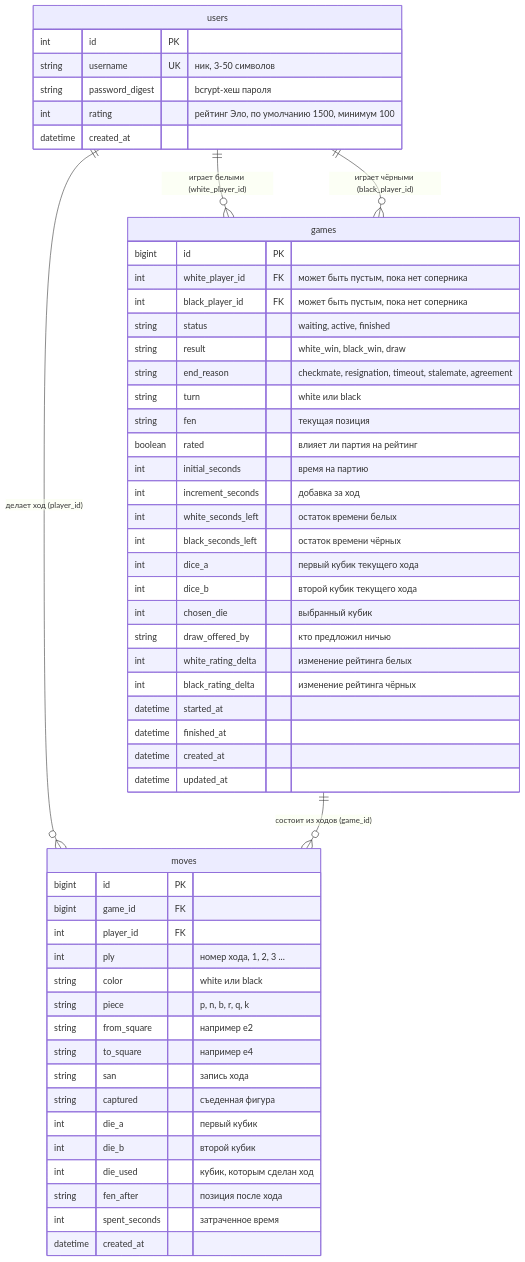
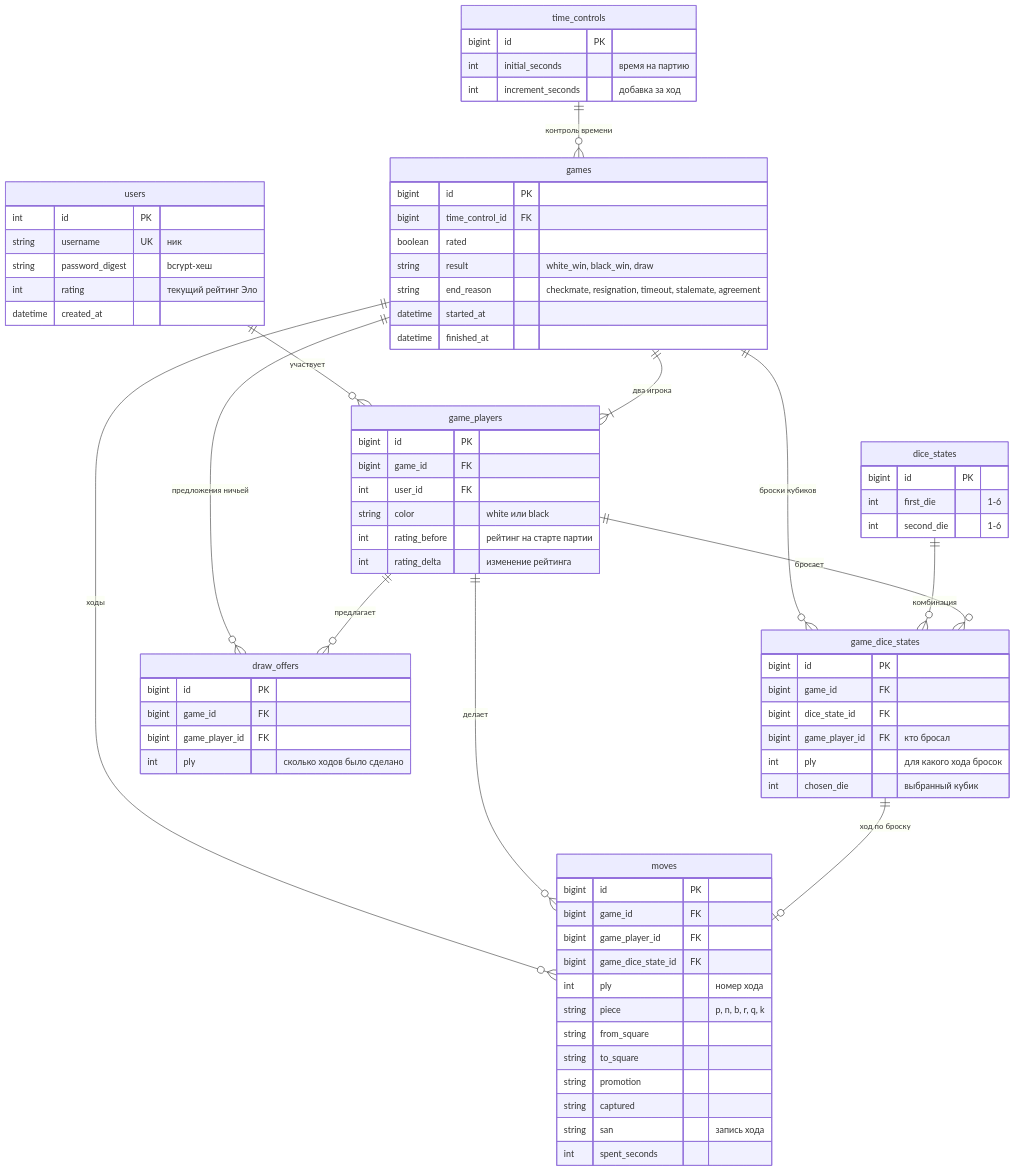
One commit to Pashaken/webdev27 changed the diagram in docs/database.md. Above: the diagram before and after it, drawn with Mermaid. The commit also changed other lines of this file and 28 other files, not shown here.

First line of the commit message:
Normalize game schema: dice states, game players and derived position

````diff
--- a/docs/database.md
+++ b/docs/database.md
@@ -7,60 +7,84 @@
 ```mermaid
 erDiagram
-    users ||--o{ games : "играет белыми (white_player_id)"
-    users ||--o{ games : "играет чёрными (black_player_id)"
-    users ||--o{ moves : "делает ход (player_id)"
-    games ||--o{ moves : "состоит из ходов (game_id)"
+    users ||--o{ game_players : "участвует"
+    games ||--|{ game_players : "два игрока"
+    time_controls ||--o{ games : "контроль времени"
+    games ||--o{ game_dice_states : "броски кубиков"
+    dice_states ||--o{ game_dice_states : "комбинация"
+    game_players ||--o{ game_dice_states : "бросает"
+    games ||--o{ moves : "ходы"
+    game_players ||--o{ moves : "делает"
+    game_dice_states ||--o| moves : "ход по броску"
+    games ||--o{ draw_offers : "предложения ничьей"
+    game_players ||--o{ draw_offers : "предлагает"
 
     users {
         int id PK
-        string username UK "ник, 3-50 символов"
-        string password_digest "bcrypt-хеш пароля"
-        int rating "рейтинг Эло, по умолчанию 1500, минимум 100"
+        string username UK "ник"
+        string password_digest "bcrypt-хеш"
+        int rating "текущий рейтинг Эло"
         datetime created_at
+    }
+
+    time_controls {
+        bigint id PK
+        int initial_seconds "время на партию"
+        int increment_seconds "добавка за ход"
     }
 
     games {
         bigint id PK
-        int white_player_id FK "может быть пустым, пока нет соперника"
-        int black_player_id FK "может быть пустым, пока нет соперника"
-        string status "waiting, active, finished"
+        bigint time_control_id FK
+        boolean rated
         string result "white_win, black_win, draw"
         string end_reason "checkmate, resignation, timeout, stalemate, agreement"
-        string turn "white или black"
-        string fen "текущая позиция"
-        boolean rated "влияет ли партия на рейтинг"
-        int initial_seconds "время на партию"
-        int increment_seconds "добавка за ход"
-        int white_seconds_left "остаток времени белых"
-        int black_seconds_left "остаток времени чёрных"
-        int dice_a "первый кубик текущего хода"
-        int dice_b "второй кубик текущего хода"
-        int chosen_die "выбранный кубик"
-        string draw_offered_by "кто предложил ничью"
-        int white_rating_delta "изменение рейтинга белых"
-        int black_rating_delta "изменение рейтинга чёрных"
         datetime started_at
         datetime finished_at
-        datetime created_at
-        datetime updated_at
+    }
+
+    game_players {
+        bigint id PK
+        bigint game_id FK
+        int user_id FK
+        string color "white или black"
+        int rating_before "рейтинг на старте партии"
+        int rating_delta "изменение рейтинга"
+    }
+
+    dice_states {
+        bigint id PK
+        int first_die "1-6"
+        int second_die "1-6"
+    }
+
+    game_dice_states {
+        bigint id PK
+        bigint game_id FK
+        bigint dice_state_id FK
+        bigint game_player_id FK "кто бросал"
+        int ply "для какого хода бросок"
+        int chosen_die "выбранный кубик"
     }
 
     moves {
         bigint id PK
         bigint game_id FK
-        int player_id FK
-        int ply "номер хода, 1, 2, 3 ..."
-        string color "white или black"
+        bigint game_player_id FK
+        bigint game_dice_state_id FK
+        int ply "номер хода"
         string piece "p, n, b, r, q, k"
-        string from_square "например e2"
-        string to_square "например e4"
+        string from_square
+        string to_square
+        string promotion
+        string captured
         string san "запись хода"
-        string captured "съеденная фигура"
-        int die_a "первый кубик"
-        int die_b "второй кубик"
-        int die_used "кубик, которым сделан ход"
-        string fen_after "позиция после хода"
-        int spent_seconds "затраченное время"
-        datetime created_at
+        int spent_seconds
+    }
+
+    draw_offers {
+        bigint id PK
+        bigint game_id FK
+        bigint game_player_id FK
+        int ply "сколько ходов было сделано"
     }
 ```
````
